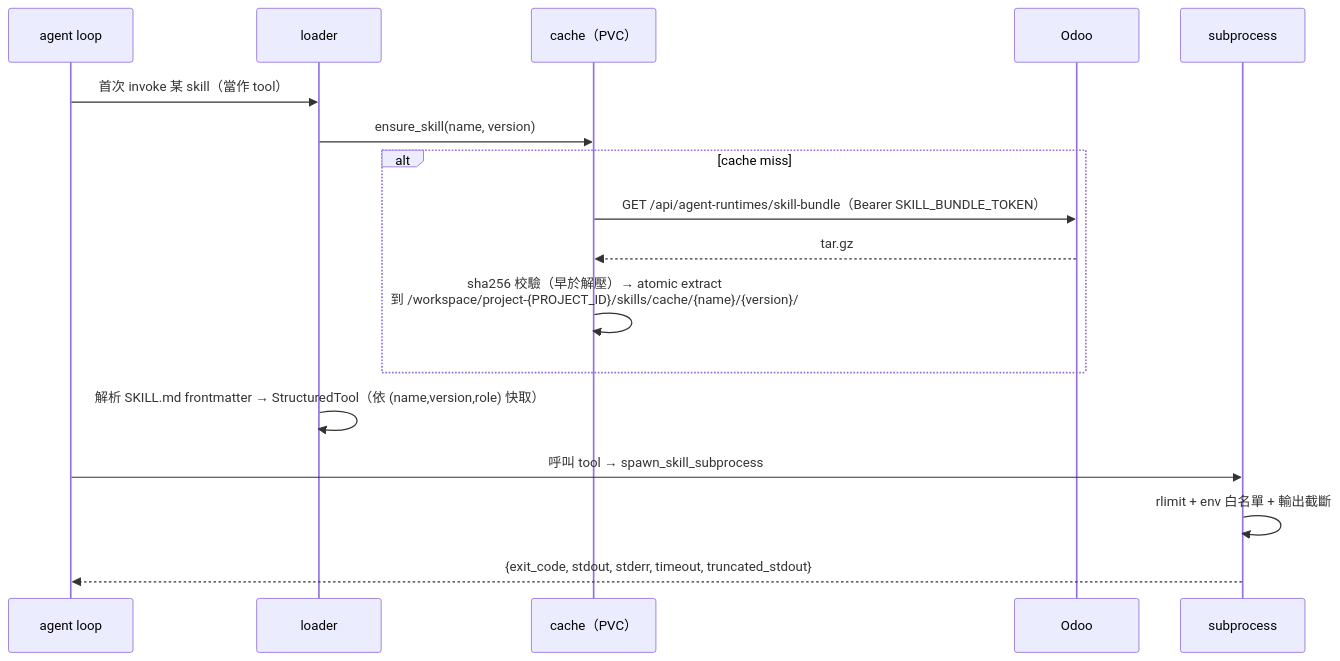
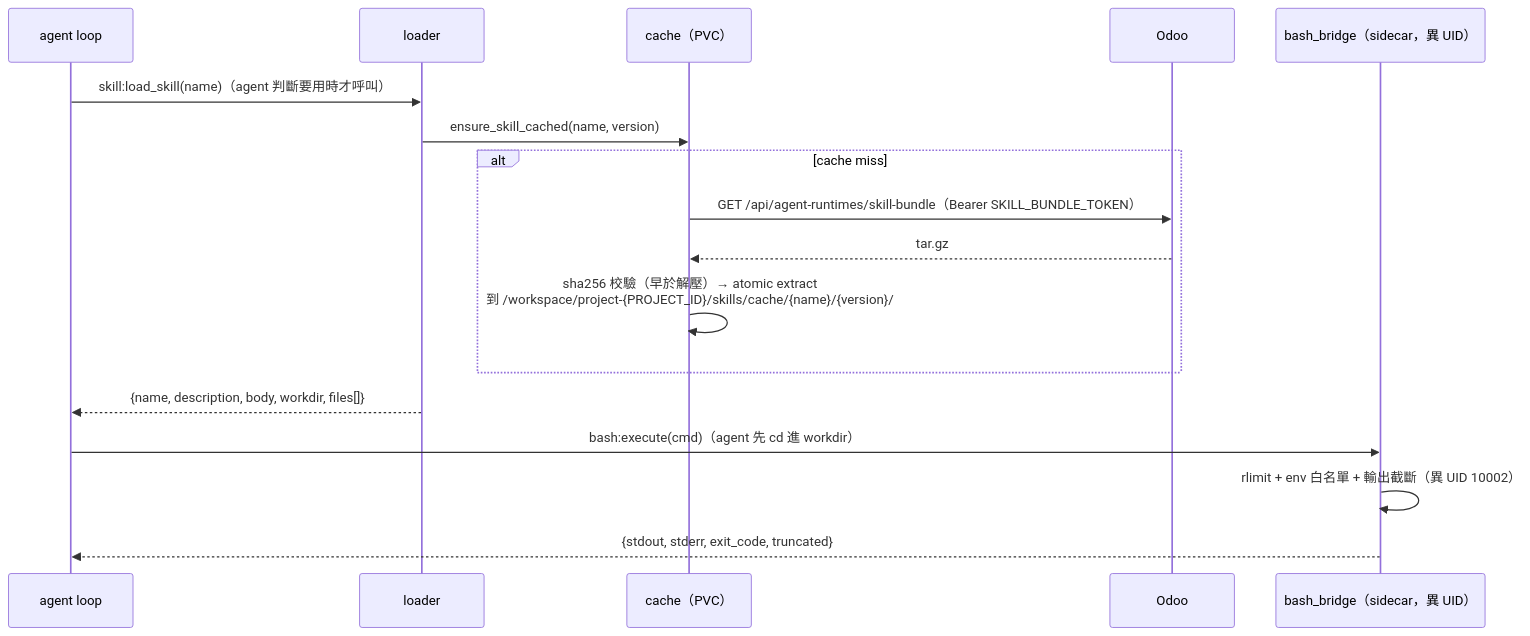
One commit to WOOWTECH/odoo-addon-woow-paas-platform changed the fourth of 5 diagrams in docs/guides/paas-skill-system/06-pod-internals.md. Above: the diagram before and after it, drawn with Mermaid. The commit also changed other lines of this file and 7 other files, not shown here.

First line of the commit message:
docs: skill 知識庫對齊 Claude Code 執行模型 + bash sidecar

````diff
--- a/docs/guides/paas-skill-system/06-pod-internals.md
+++ b/docs/guides/paas-skill-system/06-pod-internals.md
@@ -133,19 +136,19 @@
 ```mermaid
 sequenceDiagram
     participant LG as agent loop
     participant LO as loader
     participant CA as cache（PVC）
     participant Odoo
-    participant SP as subprocess
-    LG->>LO: 首次 invoke 某 skill（當作 tool）
-    LO->>CA: ensure_skill(name, version)
+    participant BB as bash_bridge（sidecar，異 UID）
+    LG->>LO: skill:load_skill(name)（agent 判斷要用時才呼叫）
+    LO->>CA: ensure_skill_cached(name, version)
     alt cache miss
         CA->>Odoo: GET /api/agent-runtimes/skill-bundle（Bearer SKILL_BUNDLE_TOKEN）
         Odoo-->>CA: tar.gz
         CA->>CA: sha256 校驗（早於解壓）→ atomic extract<br/>到 /workspace/project-{PROJECT_ID}/skills/cache/{name}/{version}/
     end
-    LO->>LO: 解析 SKILL.md frontmatter → StructuredTool（依 (name,version,role) 快取）
-    LG->>SP: 呼叫 tool → spawn_skill_subprocess
-    SP->>SP: rlimit + env 白名單 + 輸出截斷
-    SP-->>LG: {exit_code, stdout, stderr, timeout, truncated_stdout}
+    LO-->>LG: {name, description, body, workdir, files[]}
+    LG->>BB: bash:execute(cmd)（agent 先 cd 進 workdir）
+    BB->>BB: rlimit + env 白名單 + 輸出截斷（異 UID 10002）
+    BB-->>LG: {stdout, stderr, exit_code, truncated}
 ```
````
